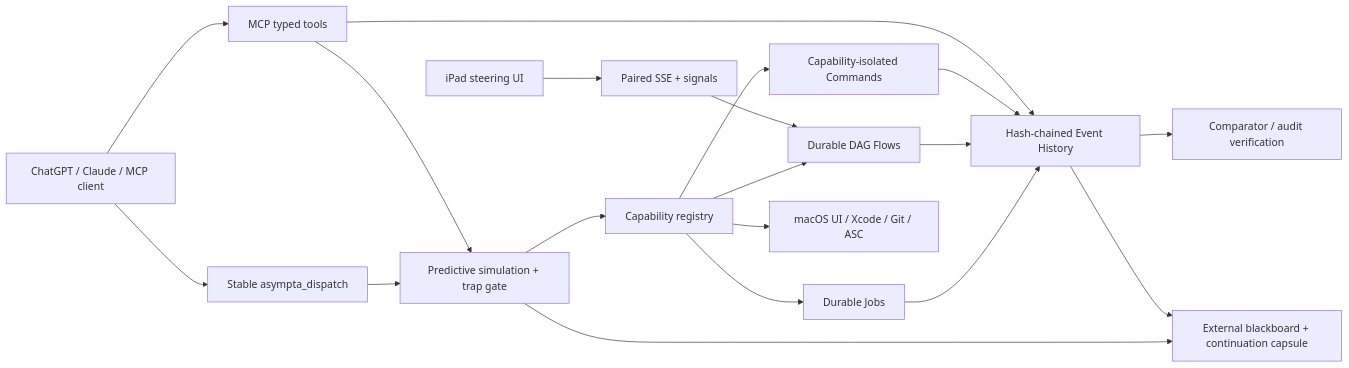
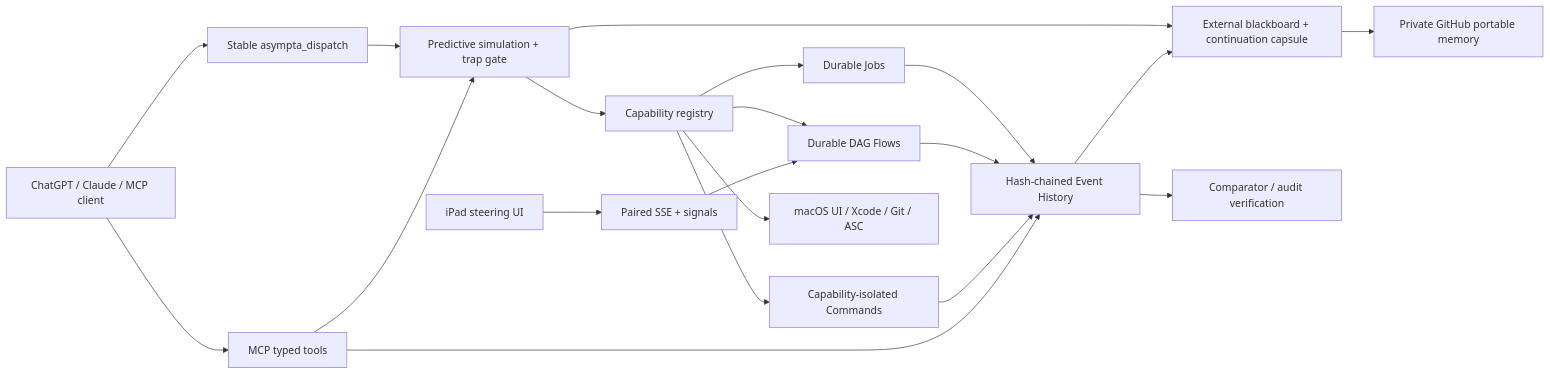
One commit to okok147/asympta-computer-public changed the diagram in docs/ARCHITECTURE_9_5.md. Above: the diagram before and after it, drawn with Mermaid. The commit also changed other lines of this file and 10 other files, not shown here.

Commit message:
Publish v0.10 portable GitHub memory

````diff
--- a/docs/ARCHITECTURE_9_5.md
+++ b/docs/ARCHITECTURE_9_5.md
@@ -7,21 +7,22 @@
 ```mermaid
 flowchart LR
   C[ChatGPT / Claude / MCP client] --> D[Stable asympta_dispatch]
   C --> M[MCP typed tools]
   D --> P[Predictive simulation + trap gate]
   M --> P
   P --> R[Capability registry]
   P --> B[External blackboard + continuation capsule]
+  B --> GM[Private GitHub portable memory]
   R --> J[Durable Jobs]
   R --> F[Durable DAG Flows]
   R --> X[Capability-isolated Commands]
   R --> UI[macOS UI / Xcode / Git / ASC]
   I[iPad steering UI] --> S[Paired SSE + signals]
   S --> F
   J --> E[Hash-chained Event History]
   F --> E
   X --> E
   M --> E
   E --> V[Comparator / audit verification]
   E --> B
 ```
````
